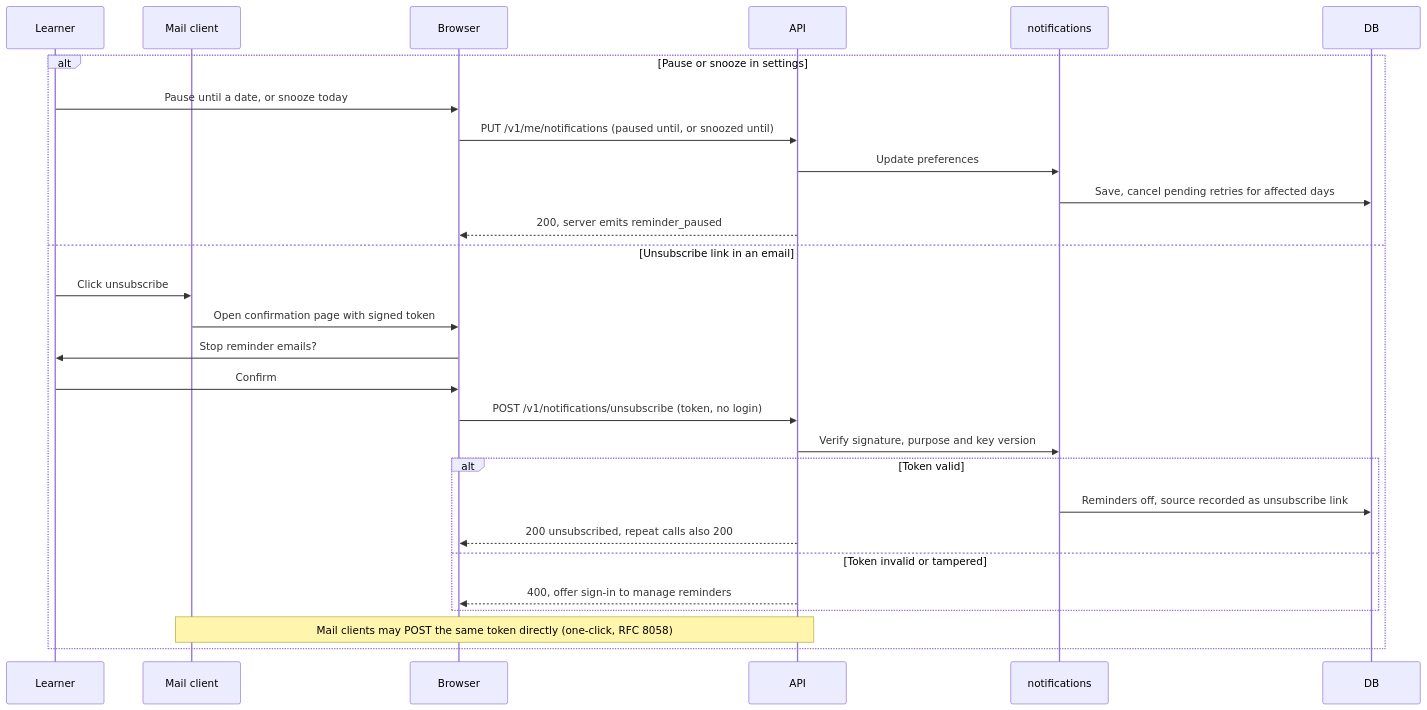
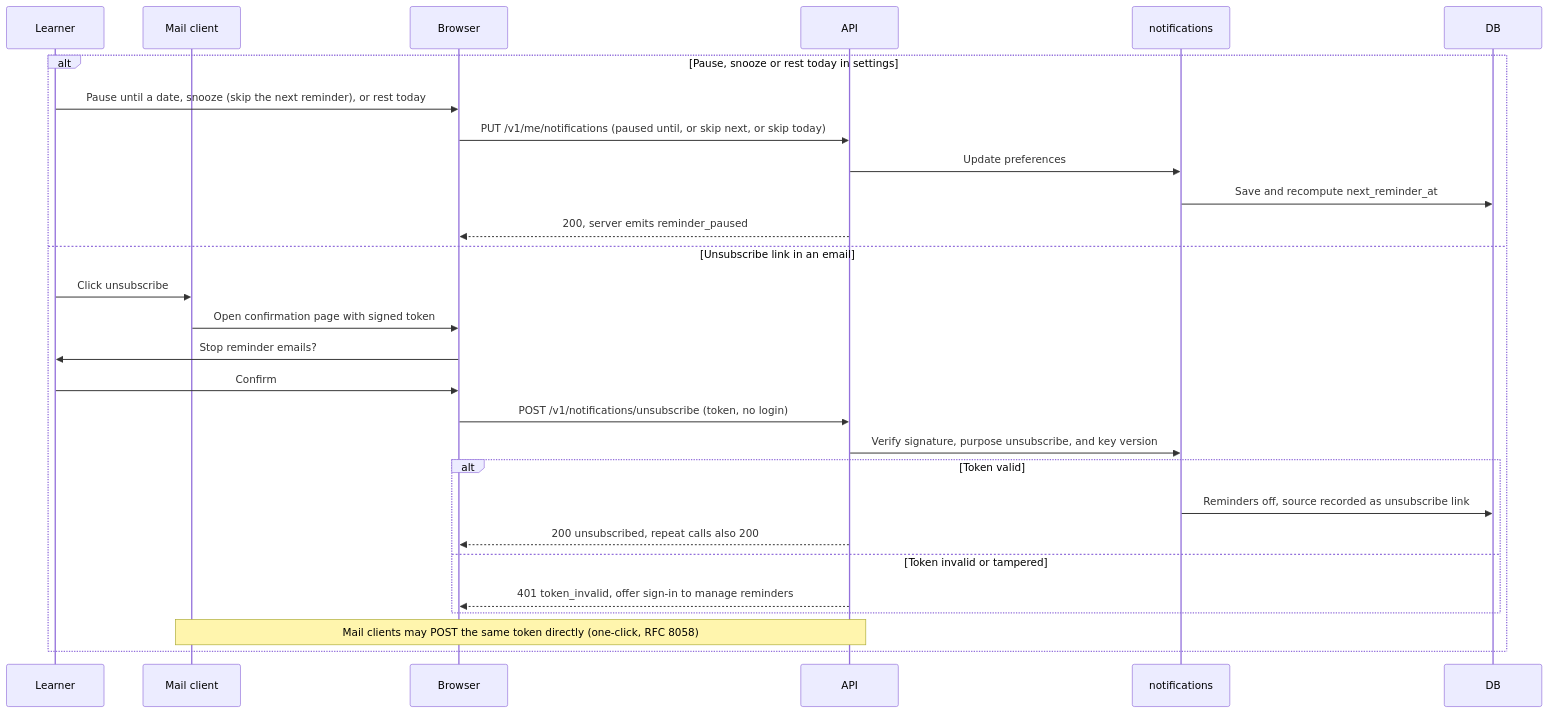
One commit to GhanshyamSoni68/app_idea changed diagram 14 of 19 in devstep/docs/03-key-flows.md. Above: the diagram before and after it, drawn with Mermaid. The commit also changed other lines of this file and 8 other files, not shown here.

````diff
--- a/devstep/docs/03-key-flows.md
+++ b/devstep/docs/03-key-flows.md
@@ -834,30 +855,30 @@
 ```mermaid
 sequenceDiagram
     participant L as Learner
     participant MC as Mail client
     participant B as Browser
     participant API
     participant NTF as notifications
     participant DB
-    alt Pause or snooze in settings
-        L->>B: Pause until a date, or snooze today
-        B->>API: PUT /v1/me/notifications (paused until, or snoozed until)
+    alt Pause, snooze or rest today in settings
+        L->>B: Pause until a date, snooze (skip the next reminder), or rest today
+        B->>API: PUT /v1/me/notifications (paused until, or skip next, or skip today)
         API->>NTF: Update preferences
-        NTF->>DB: Save, cancel pending retries for affected days
+        NTF->>DB: Save and recompute next_reminder_at
         API-->>B: 200, server emits reminder_paused
     else Unsubscribe link in an email
         L->>MC: Click unsubscribe
         MC->>B: Open confirmation page with signed token
         B->>L: Stop reminder emails?
         L->>B: Confirm
         B->>API: POST /v1/notifications/unsubscribe (token, no login)
-        API->>NTF: Verify signature, purpose and key version
+        API->>NTF: Verify signature, purpose unsubscribe, and key version
         alt Token valid
             NTF->>DB: Reminders off, source recorded as unsubscribe link
             API-->>B: 200 unsubscribed, repeat calls also 200
         else Token invalid or tampered
-            API-->>B: 400, offer sign-in to manage reminders
+            API-->>B: 401 token_invalid, offer sign-in to manage reminders
         end
         Note over MC,API: Mail clients may POST the same token directly (one-click, RFC 8058)
     end
 ```
````
